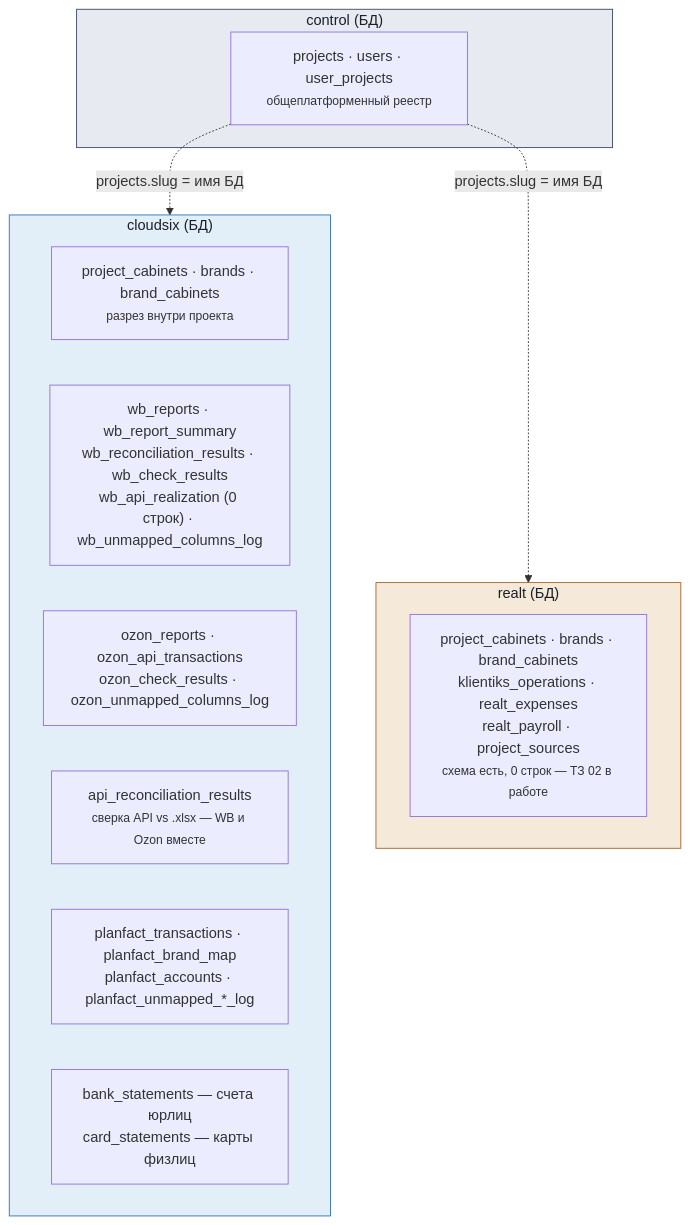
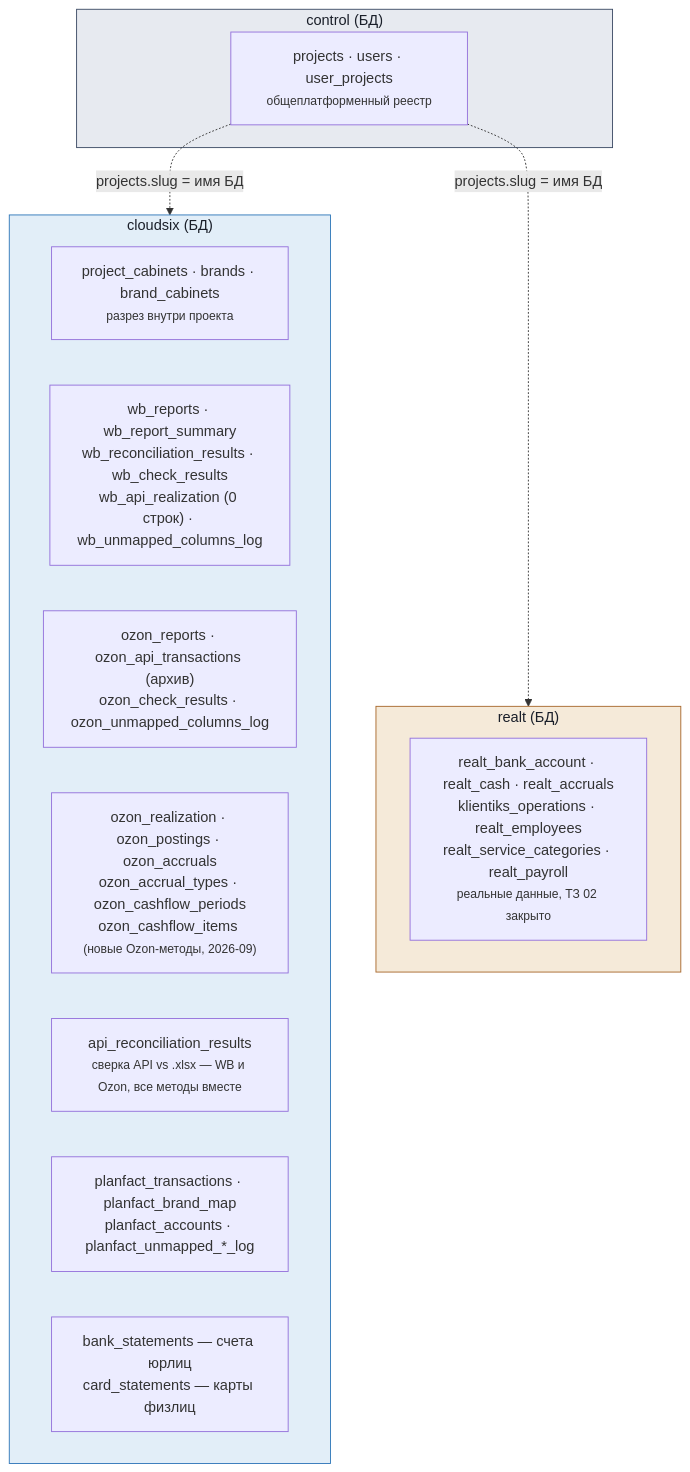
One commit to IGfinance/bf-analytics-platform changed the third of 5 diagrams in docs/architecture-map.md. Above: the diagram before and after it, drawn with Mermaid. The commit also changed other lines of this file and 1 other file, not shown here.

First line of the commit message:
docs(ozon): COMMENT COLUMN для VIEW-слоя, живой снимок архитектуры на 2026-09-23

````diff
--- a/docs/architecture-map.md
+++ b/docs/architecture-map.md
@@ -100,26 +107,27 @@
 ```mermaid
 flowchart TD
     subgraph CTRL["control (БД)"]
         C1["projects · users · user_projects<br/><small>общеплатформенный реестр</small>"]
     end
 
     subgraph CS["cloudsix (БД)"]
         CS0["project_cabinets · brands · brand_cabinets<br/><small>разрез внутри проекта</small>"]
         CS1["wb_reports · wb_report_summary<br/>wb_reconciliation_results · wb_check_results<br/>wb_api_realization (0 строк) · wb_unmapped_columns_log"]
-        CS2["ozon_reports · ozon_api_transactions<br/>ozon_check_results · ozon_unmapped_columns_log"]
-        CS3["api_reconciliation_results<br/><small>сверка API vs .xlsx — WB и Ozon вместе</small>"]
+        CS2a["ozon_reports · ozon_api_transactions (архив)<br/>ozon_check_results · ozon_unmapped_columns_log"]
+        CS2b["ozon_realization · ozon_postings · ozon_accruals<br/>ozon_accrual_types · ozon_cashflow_periods<br/>ozon_cashflow_items <small>(новые Ozon-методы, 2026-09)</small>"]
+        CS3["api_reconciliation_results<br/><small>сверка API vs .xlsx — WB и Ozon, все методы вместе</small>"]
         CS4["planfact_transactions · planfact_brand_map<br/>planfact_accounts · planfact_unmapped_*_log"]
         CS5["bank_statements — счета юрлиц<br/>card_statements — карты физлиц"]
     end
 
     subgraph RT["realt (БД)"]
-        R1["project_cabinets · brands · brand_cabinets<br/>klientiks_operations · realt_expenses<br/>realt_payroll · project_sources<br/><small>схема есть, 0 строк — ТЗ 02 в работе</small>"]
+        R1["realt_bank_account · realt_cash · realt_accruals<br/>klientiks_operations · realt_employees<br/>realt_service_categories · realt_payroll<br/><small>реальные данные, ТЗ 02 закрыто</small>"]
     end
 
     C1 -. "projects.slug = имя БД" .-> CS
     C1 -. "projects.slug = имя БД" .-> RT
 
     style CTRL fill:#e7eaf0,stroke:#3b4a63,color:#1a1f29
     style CS fill:#e2eef8,stroke:#2e76b8,color:#1a1f29
     style RT fill:#f5ead9,stroke:#a8672b,color:#1a1f29
 ```
````
